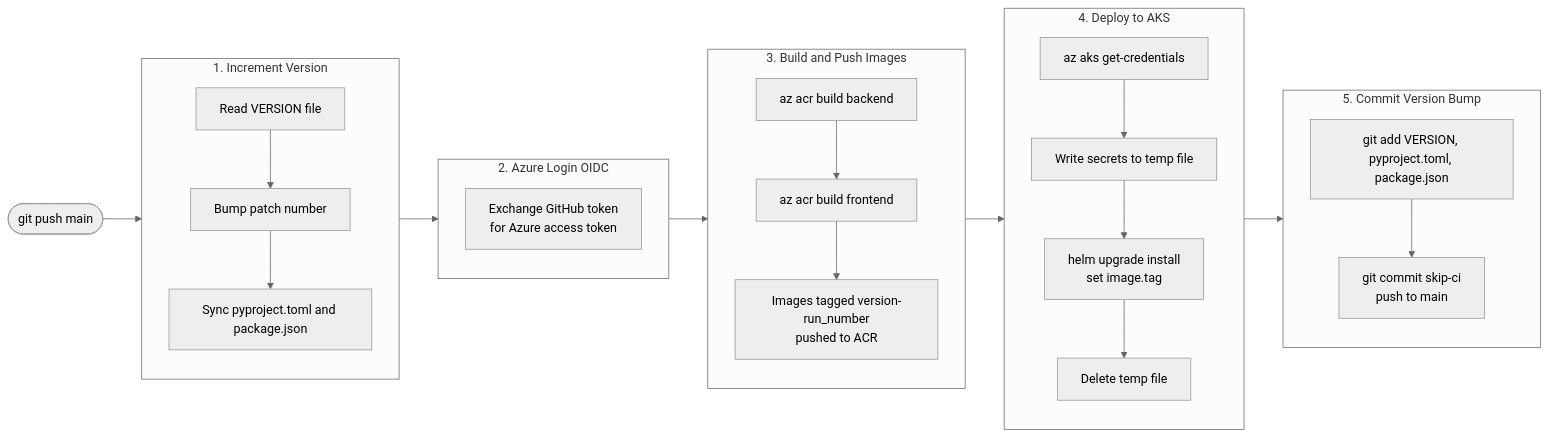
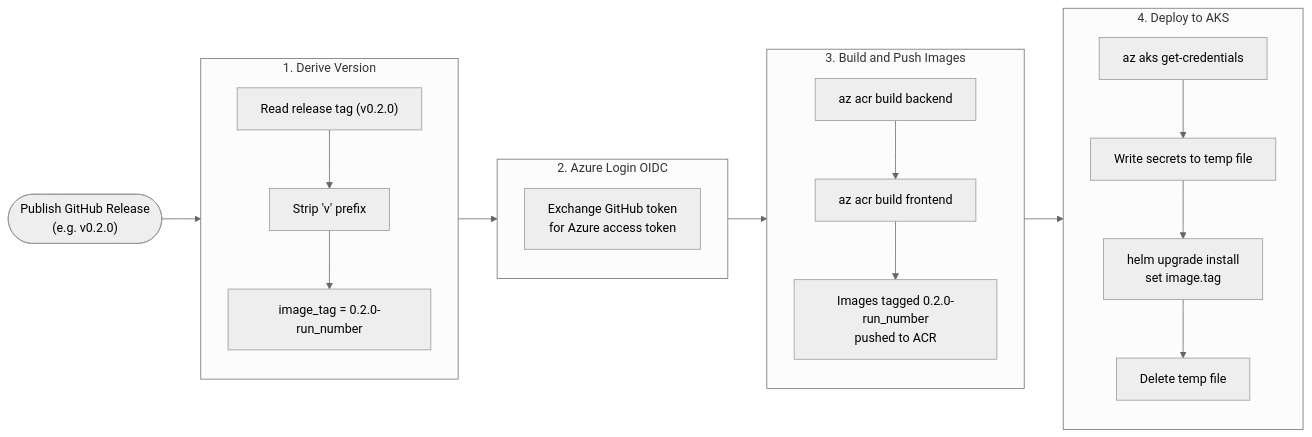
The second of 3 diagrams in README.md (alibaygi/aks-chatbot-aiops), drawn with Mermaid (neutral theme) before and after one commit. The commit also changed other lines of this file and 6 other files, not shown here.

````diff
--- a/README.md
+++ b/README.md
@@ -361,41 +363,34 @@
 ```mermaid
 flowchart LR
-    GIT(["git push main"]) --> S1
+    GIT(["Publish GitHub Release\n(e.g. v0.2.0)"]) --> S1
 
-    subgraph S1["1. Increment Version"]
+    subgraph S1["1. Derive Version"]
         direction TB
-        V1["Read VERSION file"] --> V2["Bump patch number"]
-        V2 --> V3["Sync pyproject.toml and package.json"]
+        V1["Read release tag (v0.2.0)"] --> V2["Strip 'v' prefix"]
+        V2 --> V3["image_tag = 0.2.0-run_number"]
     end
 
     S1 --> S2
 
     subgraph S2["2. Azure Login OIDC"]
         direction TB
         O1["Exchange GitHub token<br/>for Azure access token"]
     end
 
     S2 --> S3
 
     subgraph S3["3. Build and Push Images"]
         direction TB
         B1["az acr build backend"] --> B2["az acr build frontend"]
-        B2 --> B3["Images tagged version-run_number<br/>pushed to ACR"]
+        B2 --> B3["Images tagged 0.2.0-run_number<br/>pushed to ACR"]
     end
 
     S3 --> S4
 
     subgraph S4["4. Deploy to AKS"]
         direction TB
         D1["az aks get-credentials"] --> D2["Write secrets to temp file"]
         D2 --> D3["helm upgrade install<br/>set image.tag"]
         D3 --> D4["Delete temp file"]
     end
-
-    S4 --> S5
-
-    subgraph S5["5. Commit Version Bump"]
-        direction TB
-        C1["git add VERSION, pyproject.toml, package.json"] --> C2["git commit skip-ci<br/>push to main"]
-    end
 ```
````
